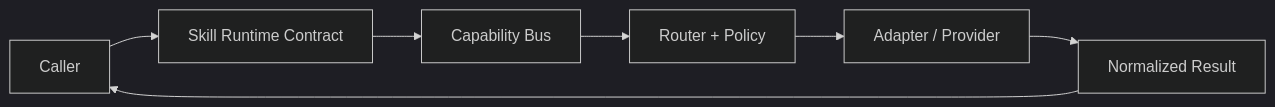
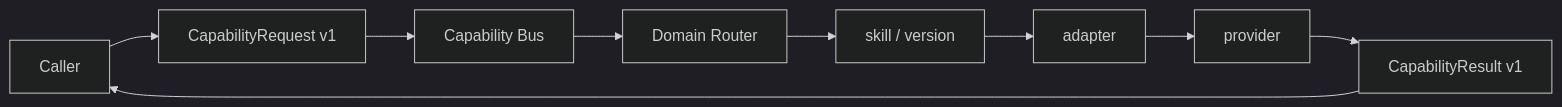
One commit to Ginkgo-Core/agents changed the first of 2 diagrams in SKILL_RUNTIME_CONTRACT.md. Above: the diagram before and after it, drawn with Mermaid (dark theme). The commit also changed other lines of this file, not shown here.

Commit message:
docs: align skill runtime contract with P0 capability boundary

````diff
--- a/SKILL_RUNTIME_CONTRACT.md
+++ b/SKILL_RUNTIME_CONTRACT.md
@@ -9,9 +24,11 @@
 ```mermaid
 flowchart LR
-    C[Caller] --> SRC[Skill Runtime Contract]
-    SRC --> B[Capability Bus]
-    B --> R[Router + Policy]
-    R --> A[Adapter / Provider]
-    A --> N[Normalized Result]
-    N --> C
+    C[Caller] --> CR[CapabilityRequest v1]
+    CR --> B[Capability Bus]
+    B --> DR[Domain Router]
+    DR --> S[skill / version]
+    S --> A[adapter]
+    A --> P[provider]
+    P --> R[CapabilityResult v1]
+    R --> C
 ```
````
